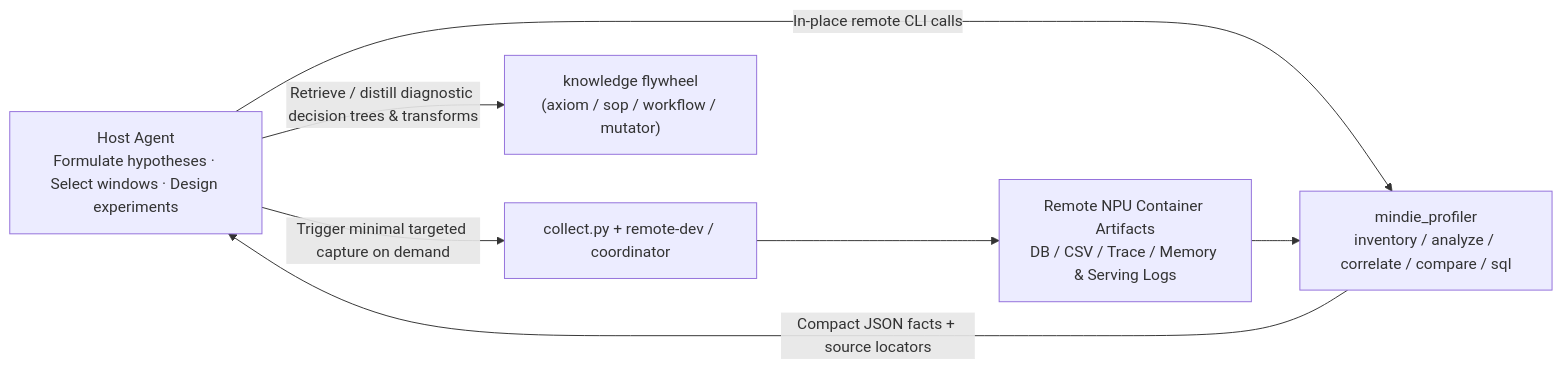
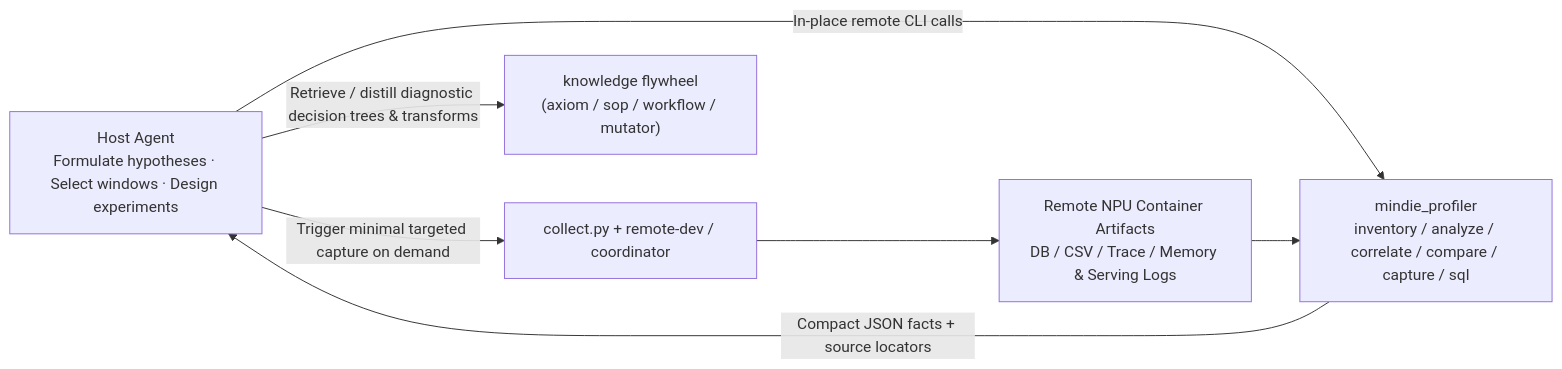
One commit to mindie-agent/mindie-agent changed the first of 2 diagrams in docs/profiler-system.en.md. Above: the diagram before and after it, drawn with Mermaid. The commit also changed other lines of this file and 49 other files, not shown here.

````diff
--- a/docs/profiler-system.en.md
+++ b/docs/profiler-system.en.md
@@ -36,9 +36,9 @@
 ```mermaid
 flowchart LR
-    A["Host Agent<br/>Formulate hypotheses · Select windows · Design experiments"] -->|"In-place remote CLI calls"| P["mindie_profiler<br/>inventory / analyze / correlate / compare / sql"]
+    A["Host Agent<br/>Formulate hypotheses · Select windows · Design experiments"] -->|"In-place remote CLI calls"| P["mindie_profiler<br/>inventory / analyze / correlate / compare / capture / sql"]
     D["Remote NPU Container Artifacts<br/>DB / CSV / Trace / Memory & Serving Logs"] --> P
     P -->|"Compact JSON facts + source locators"| A
     A -->|"Trigger minimal targeted capture on demand"| C["collect.py + remote-dev / coordinator"]
     C --> D
     A -->|"Retrieve / distill diagnostic decision trees & transforms"| K["knowledge flywheel<br/>(axiom / sop / workflow / mutator)"]
 ```
````
